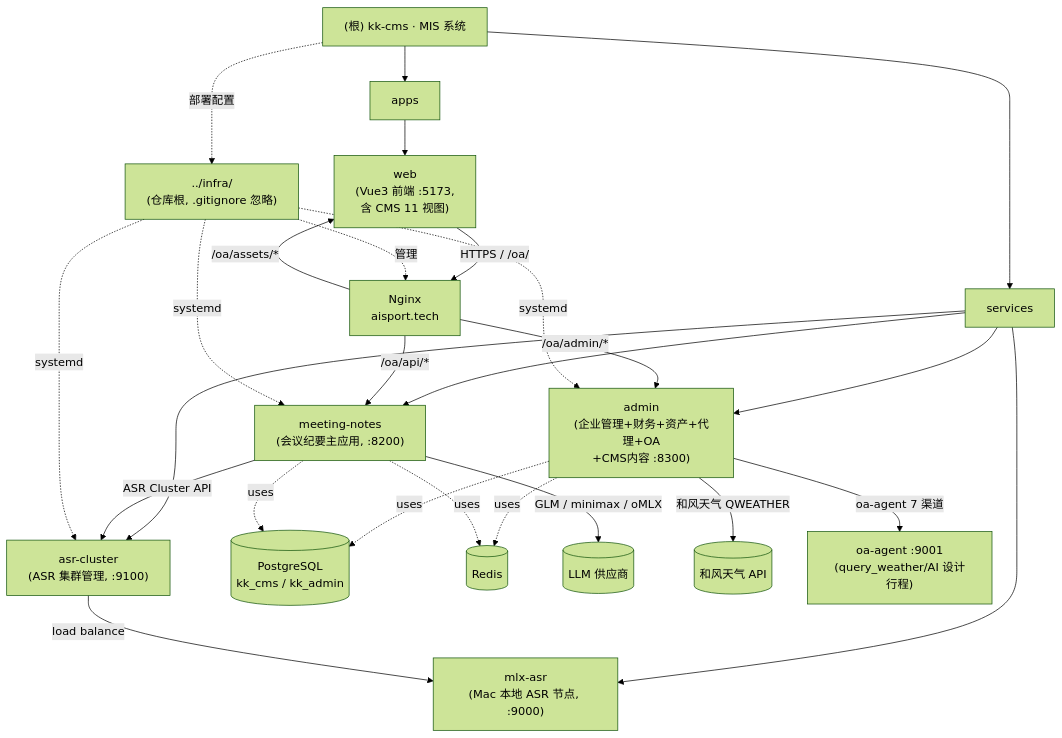
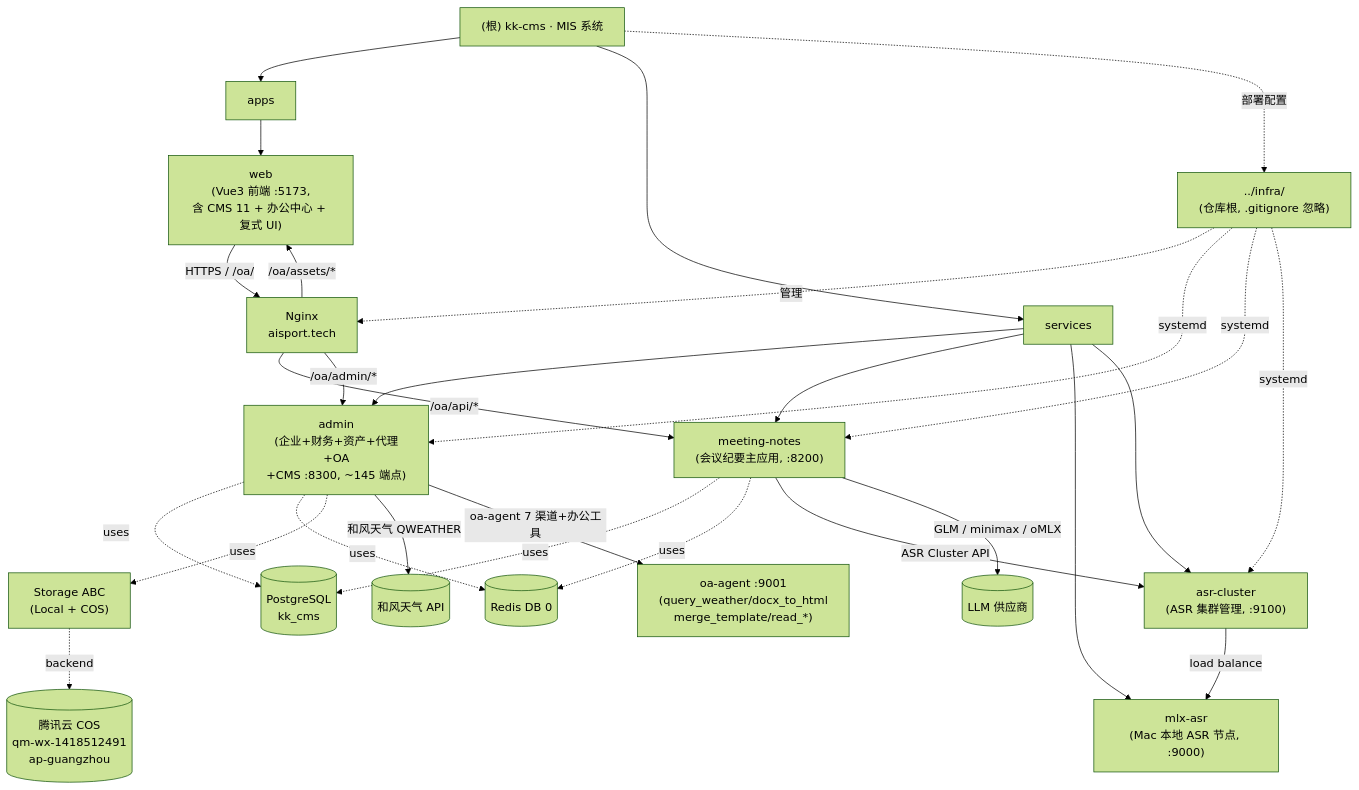
One commit to changzhi777/kk-mis changed the diagram in CLAUDE.md. Above: the diagram before and after it, drawn with Mermaid (forest theme). The commit also changed other lines of this file and 1 other file, not shown here.

First line of the commit message:
docs: 续跑更新（11:42 项目根 + 11:55 web UniverSheet/财务/office 桥增量）

````diff
--- a/CLAUDE.md
+++ b/CLAUDE.md
@@ -45,41 +67,44 @@
 ```mermaid
 graph TD
     Root["(根) kk-cms · MIS 系统"] --> Apps["apps"]
     Root --> Services["services"]
     Root -.部署配置.-> InfraExt["../infra/<br/>(仓库根, .gitignore 忽略)"]
 
-    Apps --> Web["web<br/>(Vue3 前端 :5173,<br/>含 CMS 11 视图)"]
+    Apps --> Web["web<br/>(Vue3 前端 :5173,<br/>含 CMS 11 + 办公中心 + 复式 UI)"]
 
-    Services --> Admin["admin<br/>(企业管理+财务+资产+代理+OA<br/>+CMS内容 :8300)"]
+    Services --> Admin["admin<br/>(企业+财务+资产+代理+OA<br/>+CMS :8300, ~145 端点)"]
     Services --> MN["meeting-notes<br/>(会议纪要主应用, :8200)"]
     Services --> MLX["mlx-asr<br/>(Mac 本地 ASR 节点, :9000)"]
     Services --> Cluster["asr-cluster<br/>(ASR 集群管理, :9100)"]
 
-    Admin -.uses.-> PG[("PostgreSQL<br/>kk_cms / kk_admin")]
-    MN -.uses.-> PG
-    Admin -.uses.-> Redis[("Redis")]
-    MN -.uses.-> Redis
+    Admin -.uses.-> PG[("PostgreSQL<br/>kk_admin")]
+    MN -.uses.-> PG[("PostgreSQL<br/>kk_cms")]
+    Admin -.uses.-> Redis[("Redis DB 1")]
+    MN -.uses.-> Redis[("Redis DB 0")]
+
+    Admin -.uses.-> Storage["Storage ABC<br/>(Local + COS)"]
+    Storage -.backend.-> COS[("腾讯云 COS<br/>qm-wx-1418512491<br/>ap-guangzhou")]
 
     MN -- "ASR Cluster API" --> Cluster
     Cluster -- "load balance" --> MLX
 
     MN -- "GLM / minimax / oMLX" --> LLM[("LLM 供应商")]
     Admin -- "和风天气 QWEATHER" --> Weather[("和风天气 API")]
-    Admin -- "oa-agent 7 渠道" --> OaAgent["oa-agent :9001<br/>(query_weather/AI 设计行程)"]
+    Admin -- "oa-agent 7 渠道+办公工具" --> OaAgent["oa-agent :9001<br/>(query_weather/docx_to_html<br/>merge_template/read_*)"]
 
     Web -- "HTTPS / /oa/" --> Nginx["Nginx<br/>aisport.tech"]
     Nginx -- "/oa/api/*" --> MN
     Nginx -- "/oa/admin/*" --> Admin
     Nginx -- "/oa/assets/*" --> Web
 
     InfraExt -.管理.-> Nginx
     InfraExt -.systemd.-> Admin
     InfraExt -.systemd.-> MN
     InfraExt -.systemd.-> Cluster
 
     click Web "./apps/web/CLAUDE.md" "查看 web 模块文档"
-    click Admin "./services/admin/CLAUDE.md" "查看 admin 模块文档（含 CMS 第 7 节）"
+    click Admin "./services/admin/CLAUDE.md" "查看 admin 模块文档（含 CMS 第 7 + 办公桥第 9 节）"
     click MN "./services/meeting-notes/CLAUDE.md" "查看 meeting-notes 模块文档"
     click MLX "./services/mlx-asr/CLAUDE.md" "查看 mlx-asr 模块文档"
     click Cluster "./services/asr-cluster/CLAUDE.md" "查看 asr-cluster 模块文档"
 ```
````
